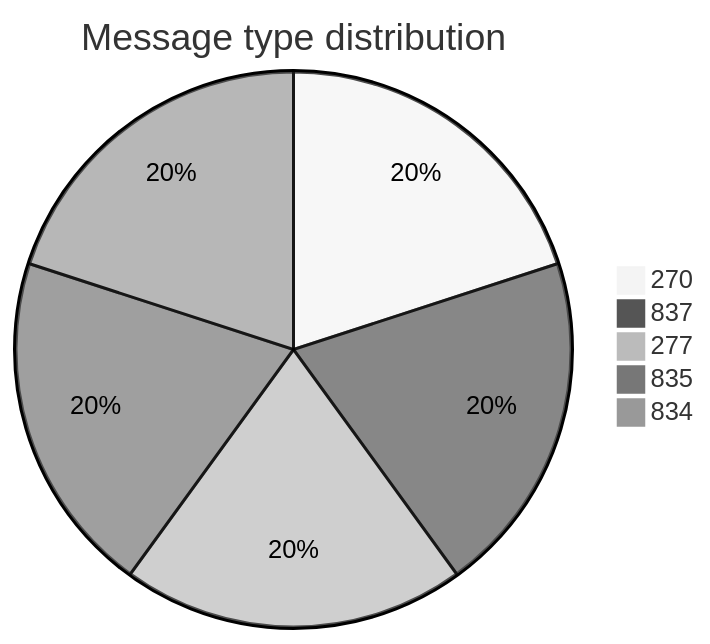
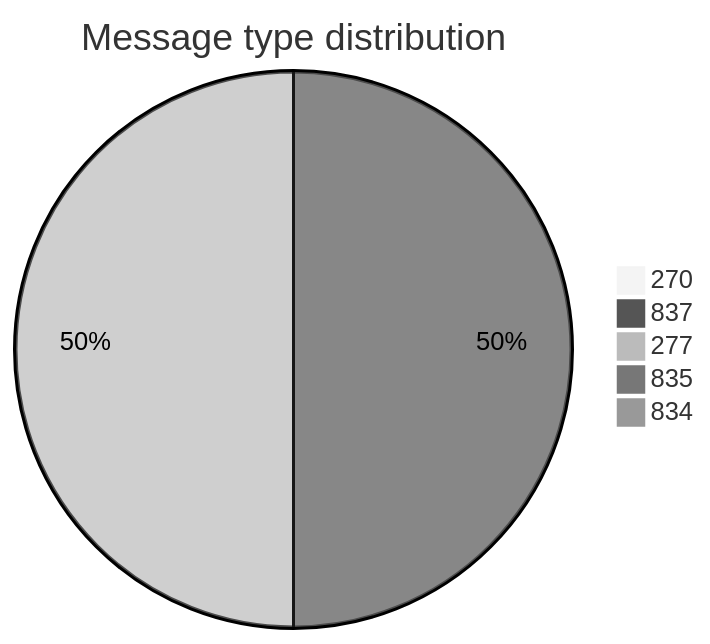
One commit to dhagan-va/intern-2025 changed the first of 10 diagrams in test-tools/DataGen/src/Statistics_Visualizer.md. Above: the diagram before and after it, drawn with Mermaid (neutral theme). The commit also changed other lines of this file and 5 other files, not shown here.

````diff
--- a/test-tools/DataGen/src/Statistics_Visualizer.md
+++ b/test-tools/DataGen/src/Statistics_Visualizer.md
@@ -18,8 +18,8 @@
 ```mermaid
 pie title Message type distribution
-    "270" : 100
-    "837" : 100
-    "277" : 100
-    "835" : 100
-    "834" : 100
+    "270" : 0.005
+    "837" : 1332
+    "277" : 1332
+    "835" : 0
+    "834" : 0
 ```
````
